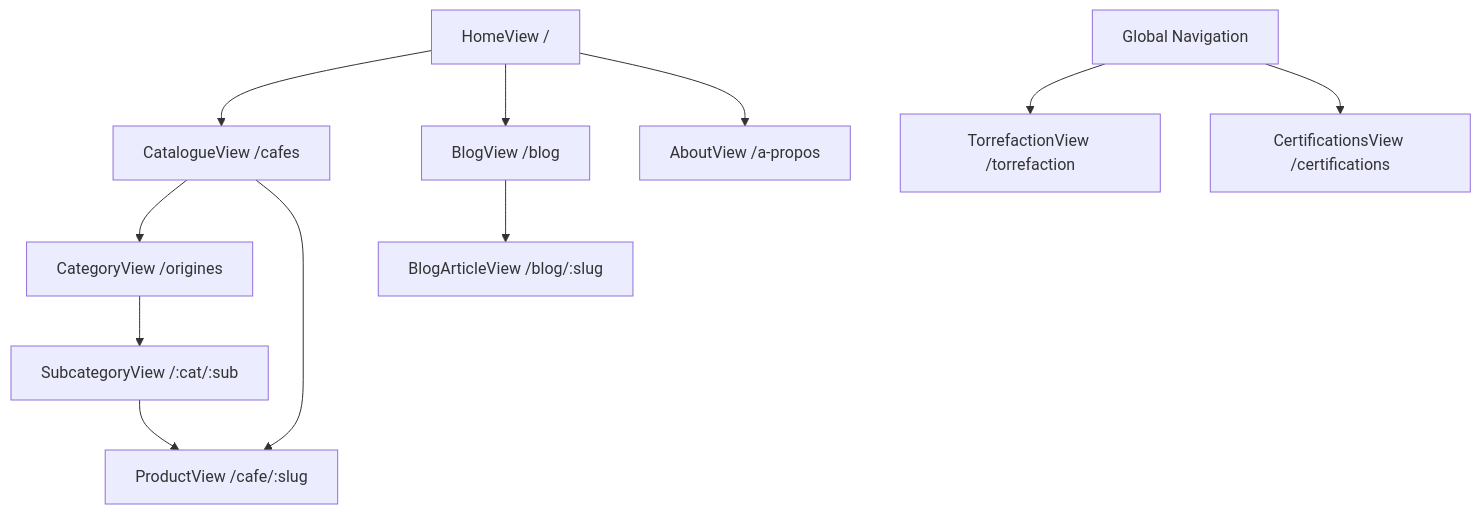
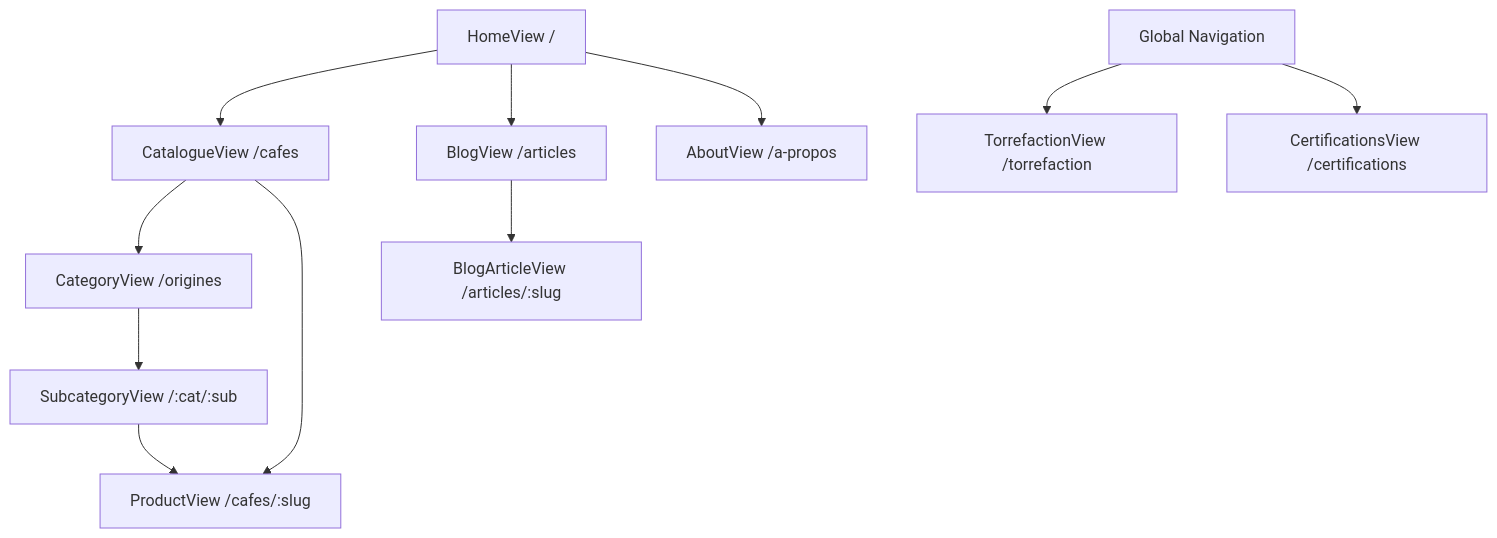
Before and after one commit to mouradeljalil29/boutique-cafe: the first of 2 diagrams in README.md, drawn with Mermaid. The commit also changed 8 other files, not shown here.

Commit message:
Update routes cafe to cafes

````diff
--- a/README.md
+++ b/README.md
@@ -10,17 +10,16 @@
 ```mermaid
 graph TD
     Home[HomeView /] --> Cafes[CatalogueView /cafes]
-    Home --> Blog[BlogView /blog]
+    Home --> Blog[BlogView /articles]
     Home --> About[AboutView /a-propos]
-    
+
     Cafes --> Category[CategoryView /origines]
-    Cafes --> Product[ProductView /cafe/:slug]
-    
+    Cafes --> Product[ProductView /cafes/:slug]
+
     Category --> Subcategory[SubcategoryView /:cat/:sub]
     Subcategory --> Product
-    
-    Blog --> Article[BlogArticleView /blog/:slug]
-    
+
+    Blog --> Article[BlogArticleView /articles/:slug]    
     Nav[Global Navigation] --> Torrefaction[TorrefactionView /torrefaction]
     Nav --> Certifications[CertificationsView /certifications]
 ```
````
